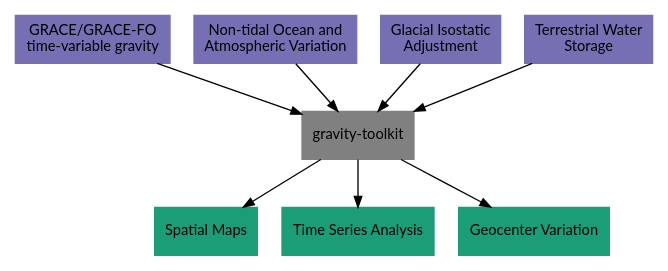
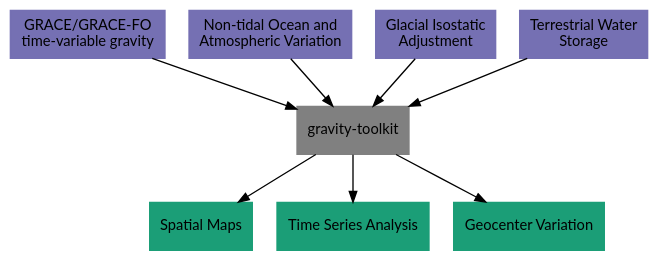
Before and after one commit to polargeodesy/gravity-toolkit: the diagram in doc/source/getting_started/Getting-Started.rst, drawn with Graphviz. The commit also changed 13 other files, not shown here.

```diff
--- a/doc/source/getting_started/Getting-Started.rst
+++ b/doc/source/getting_started/Getting-Started.rst
@@ -19,64 +19,65 @@
 .. graphviz::
     :caption: Data Processing Framework
     :align: center
 
     digraph {
+        bgcolor="transparent";
         G [label="GRACE/GRACE-FO\ntime-variable gravity"
             fontname="Lato"
             fontsize=11
             shape=box
             style="filled"
             color="#7570b3"]
         A [label="Non-tidal Ocean and\nAtmospheric Variation"
             fontname="Lato"
             fontsize=11
             shape=box
             style="filled"
             color="#7570b3"]
         I [label="Glacial Isostatic\nAdjustment"
             fontname="Lato"
             fontsize=11
             shape=box
             style="filled"
             color="#7570b3"]
         W [label="Terrestrial Water\nStorage"
             fontname="Lato"
             fontsize=11
             shape=box
             style="filled"
             color="#7570b3"]
         R [label="gravity-toolkit"
             fontname="Lato"
             fontsize=11
             shape=box
             style="filled"
             color="gray"]
         S [label="Spatial Maps"
             fontname="Lato"
             fontsize=11
             shape=box
             style="filled"
             color="#1b9e77"
             URL="Spatial-Maps.html"]
         T [label="Time Series Analysis"
             fontname="Lato"
             fontsize=11
             shape=box
             style="filled"
             color="#1b9e77"
             URL="Time-Series-Analysis.html"]
         D [label="Geocenter Variation"
             fontname="Lato"
             fontsize=11
             shape=box
             style="filled"
             color="#1b9e77"
             URL="Geocenter-Variations.html"]
         G -> R [arrowsize=0.8]
         A -> R [arrowsize=0.8]
         I -> R [arrowsize=0.8]
         W -> R [arrowsize=0.8]
         R -> S [arrowsize=0.8]
         R -> T [arrowsize=0.8]
         R -> D [arrowsize=0.8]
     }
```
